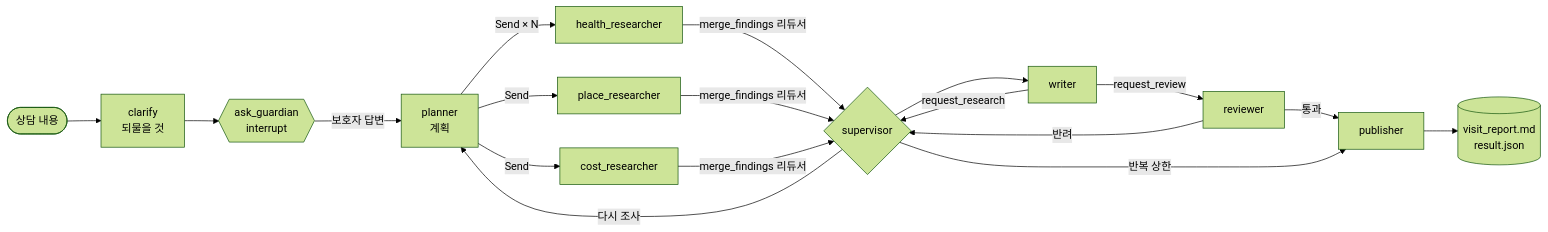
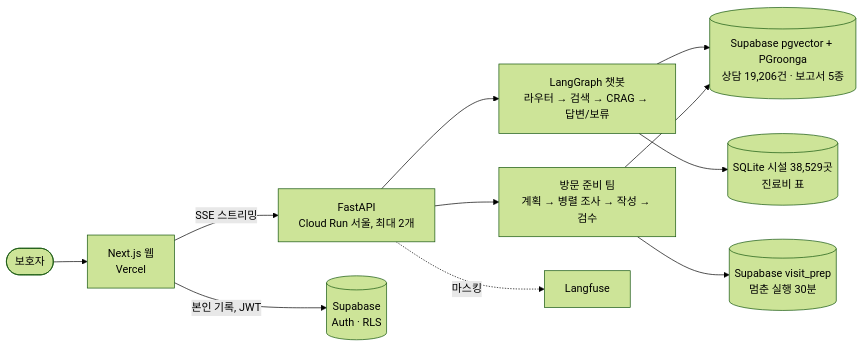
One commit to rndigkwk/dograg changed the diagram in README.md. Above: the diagram before and after it, drawn with Mermaid (forest theme). The commit also changed other lines of this file and 8 other files, not shown here.

````diff
--- a/README.md
+++ b/README.md
@@ -80,18 +34,13 @@
 ```mermaid
 flowchart LR
-  S([상담 내용]) --> Q[clarify<br/>되물을 것]
-  Q --> A{{ask_guardian<br/>interrupt}}
-  A -- 보호자 답변 --> P[planner<br/>계획]
-  P -- Send × N --> R1[health_researcher]
-  P -- Send --> R2[place_researcher]
-  P -- Send --> R3[cost_researcher]
-  R1 & R2 & R3 -- merge_findings 리듀서 --> V{supervisor}
-  V --> W[writer]
-  W -- request_review --> C[reviewer]
-  W -- request_research --> V
-  C -- 반려 --> V
-  V -- 다시 조사 --> P
-  C -- 통과 --> B[publisher]
-  V -- 반복 상한 --> B
-  B --> F[(visit_report.md<br/>result.json)]
+  U([보호자]) --> W[Next.js 웹<br/>Vercel]
+  W -->|SSE 스트리밍| A[FastAPI<br/>Cloud Run 서울, 최대 2개]
+  W -->|본인 기록, JWT| S[(Supabase<br/>Auth · RLS)]
+  A --> G[LangGraph 챗봇<br/>라우터 → 검색 → CRAG → 답변/보류]
+  A --> T[방문 준비 팀<br/>계획 → 병렬 조사 → 작성 → 검수]
+  G --> V[(Supabase pgvector + PGroonga<br/>상담 19,206건 · 보고서 5종)]
+  G --> P[(SQLite 시설 38,529곳<br/>진료비 표)]
+  T --> V
+  T --> C[(Supabase visit_prep<br/>멈춘 실행 30분)]
+  A -. 마스킹 .-> L[Langfuse]
 ```
````
